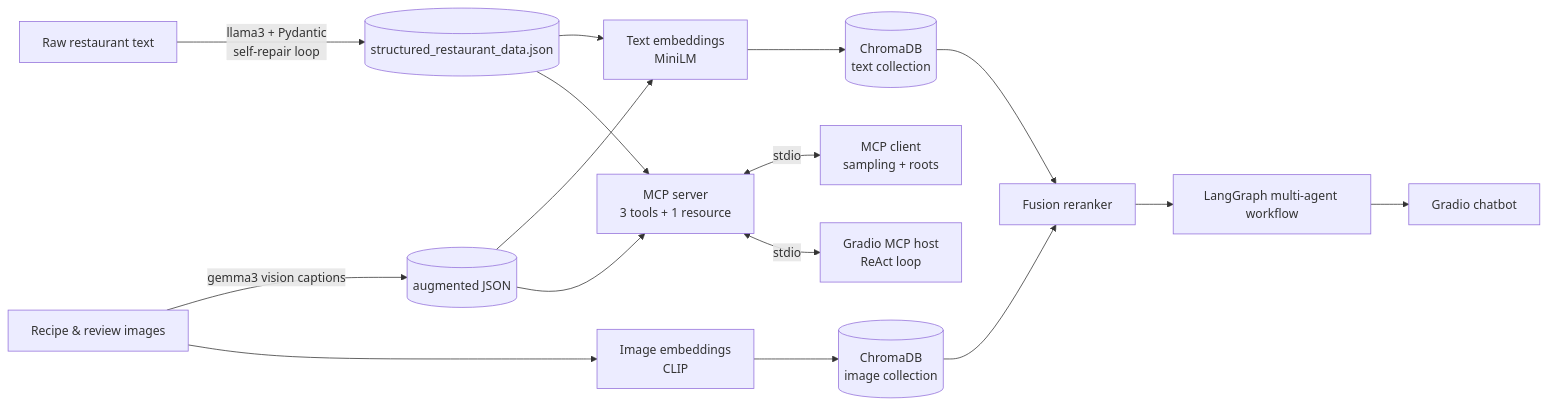
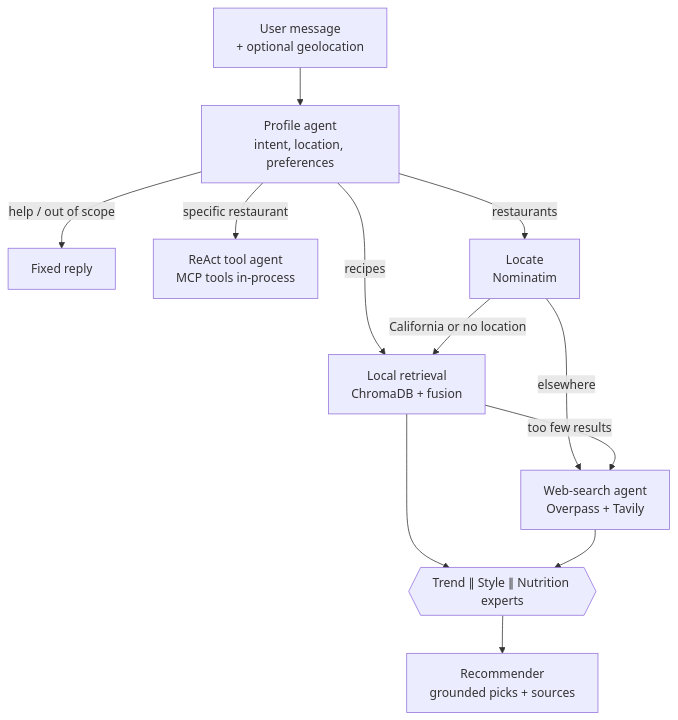
Before and after one commit to SebastianEcheverryL/connoisseur-companion: the diagram in README.md, drawn with Mermaid. The commit also changed other lines of this file and 1 other file, not shown here.

Commit message:
docs: update README for the new architecture and CI notes

````diff
--- a/README.md
+++ b/README.md
@@ -21,18 +20,14 @@
 ```mermaid
-flowchart LR
-    A[Raw restaurant text] -->|llama3 + Pydantic<br/>self-repair loop| B[(structured_restaurant_data.json)]
-    C[Recipe & review images] -->|gemma3 vision captions| D[(augmented JSON)]
-    B --> E[Text embeddings<br/>MiniLM]
-    D --> E
-    C --> F[Image embeddings<br/>CLIP]
-    E --> G[(ChromaDB<br/>text collection)]
-    F --> H[(ChromaDB<br/>image collection)]
-    G --> I[Fusion reranker]
-    H --> I
-    I --> J[LangGraph multi-agent workflow]
-    J --> K[Gradio chatbot]
-    B --> L[MCP server<br/>3 tools + 1 resource]
-    D --> L
-    L <-->|stdio| M[MCP client<br/>sampling + roots]
-    L <-->|stdio| N[Gradio MCP host<br/>ReAct loop]
+flowchart TD
+    U[User message<br/>+ optional geolocation] --> P[Profile agent<br/>intent, location, preferences]
+    P -->|help / out of scope| R[Fixed reply]
+    P -->|specific restaurant| T[ReAct tool agent<br/>MCP tools in-process]
+    P -->|recipes| L
+    P -->|restaurants| G[Locate<br/>Nominatim]
+    G -->|California or no location| L[Local retrieval<br/>ChromaDB + fusion]
+    G -->|elsewhere| W[Web-search agent<br/>Overpass + Tavily]
+    L -->|too few results| W
+    L --> E{{Trend ∥ Style ∥ Nutrition experts}}
+    W --> E
+    E --> C[Recommender<br/>grounded picks + sources]
 ```
````
